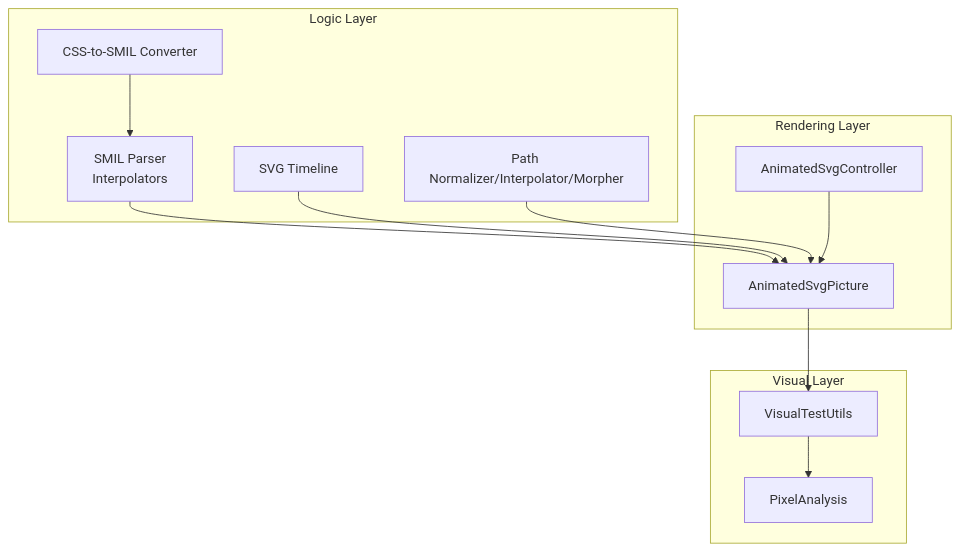
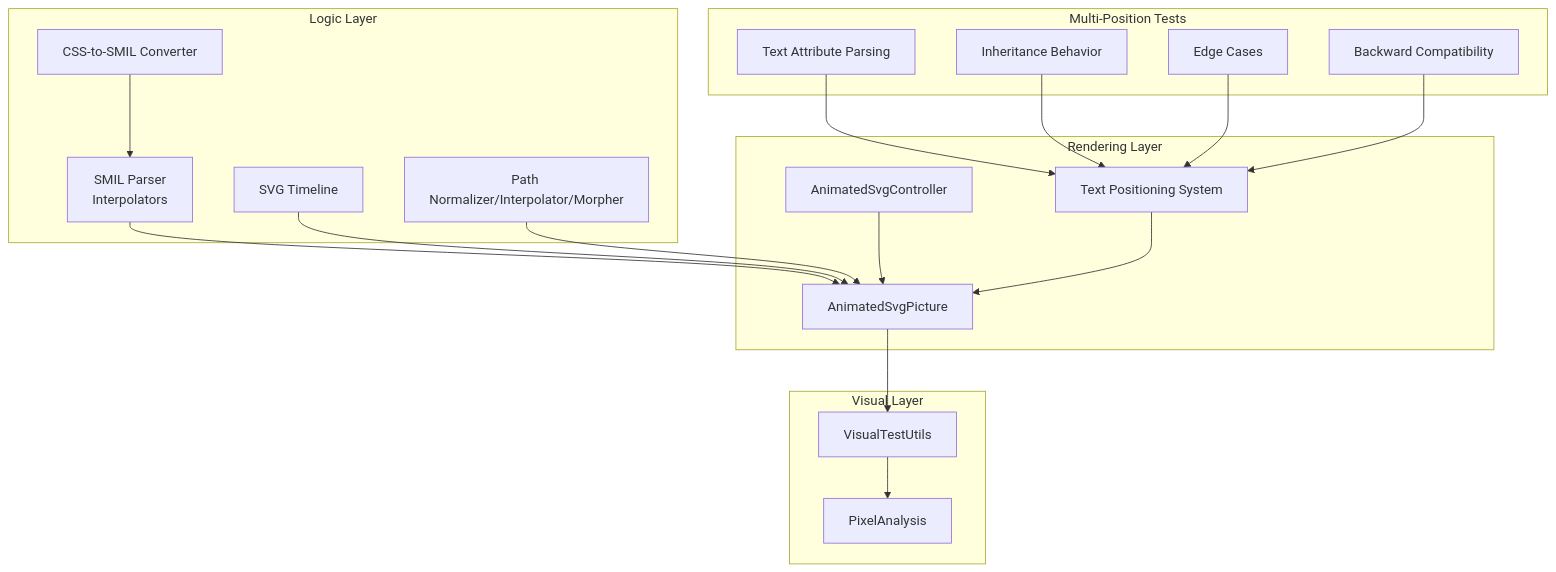
Before and after one commit to denisnadey/flutter_full_svg_support: the second of 6 diagrams in .qoder/repowiki/en/content/Testing and Quality Assurance.md, drawn with Mermaid. The commit also changed other lines of this file and 58 other files, not shown here.

````diff
--- a/.qoder/repowiki/en/content/Testing and Quality Assurance.md
+++ b/.qoder/repowiki/en/content/Testing and Quality Assurance.md
@@ -120,24 +147,36 @@
 ```mermaid
 graph TB
 subgraph "Logic Layer"
 L1["SMIL Parser<br/>Interpolators"]
 L2["SVG Timeline"]
 L3["CSS-to-SMIL Converter"]
 L4["Path Normalizer/Interpolator/Morpher"]
 end
 subgraph "Rendering Layer"
 R1["AnimatedSvgPicture"]
 R2["AnimatedSvgController"]
+R3["Text Positioning System"]
 end
 subgraph "Visual Layer"
 V1["VisualTestUtils"]
 V2["PixelAnalysis"]
+end
+subgraph "Multi-Position Tests"
+M1["Text Attribute Parsing"]
+M2["Inheritance Behavior"]
+M3["Edge Cases"]
+M4["Backward Compatibility"]
 end
 L1 --> R1
 L2 --> R1
 L3 --> L1
 L4 --> R1
 R2 --> R1
+R3 --> R1
 R1 --> V1
 V1 --> V2
+M1 --> R3
+M2 --> R3
+M3 --> R3
+M4 --> R3
 ```
````
